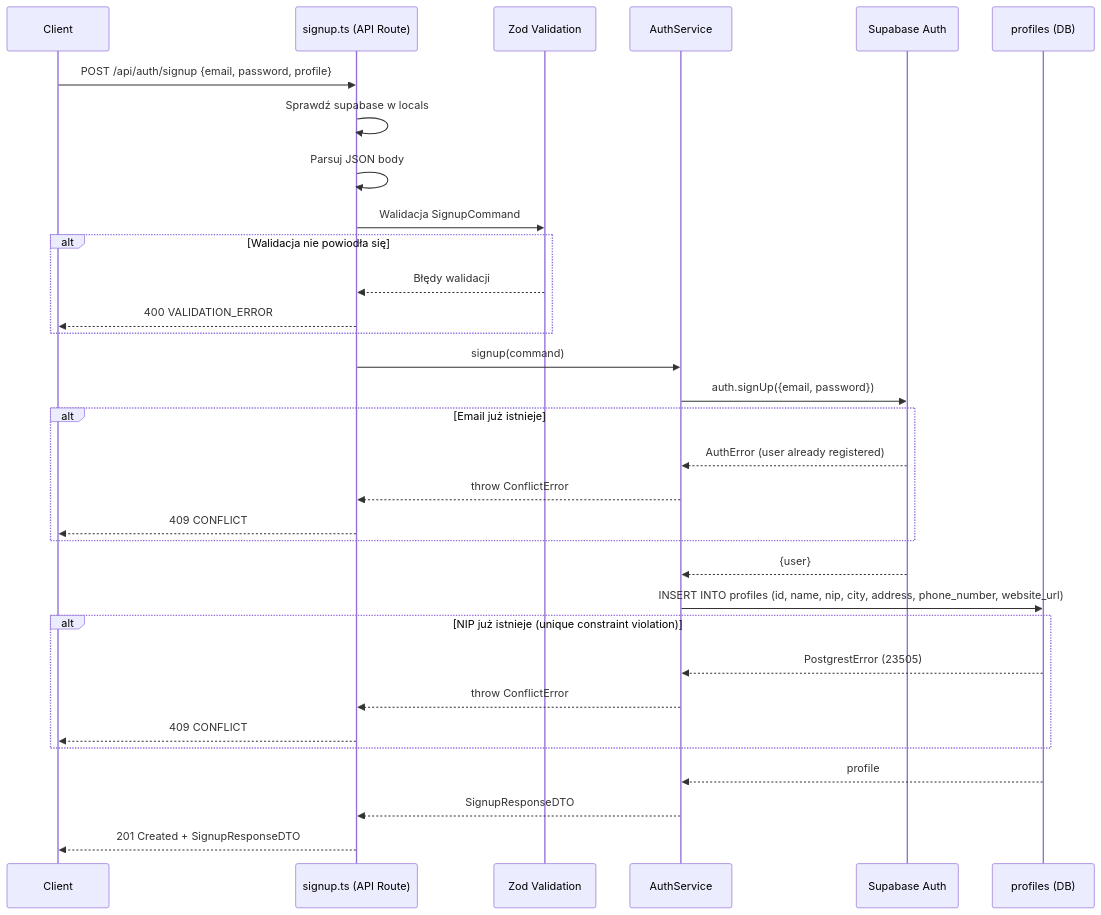
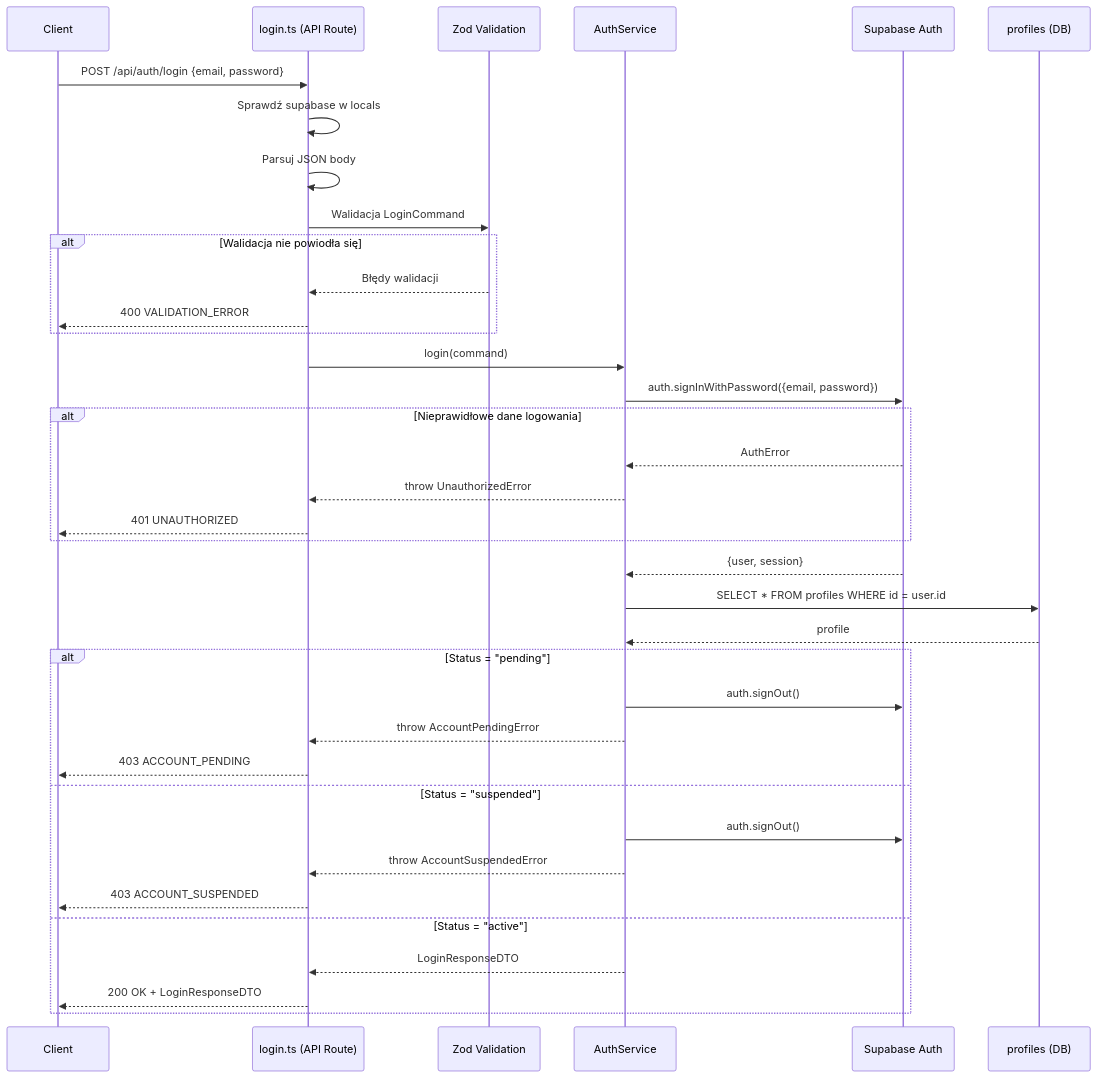
One commit to SebayK/Shelterly changed the diagram in .ai/api/login-implementation-plan.md. Above: the diagram before and after it, drawn with Mermaid. The commit also changed other lines of this file and 11 other files, not shown here.

````diff
--- a/.ai/api/login-implementation-plan.md
+++ b/.ai/api/login-implementation-plan.md
@@ -152,35 +114,40 @@
 ```mermaid
 sequenceDiagram
     participant Client
-    participant Route as signup.ts (API Route)
+    participant Route as login.ts (API Route)
     participant Zod as Zod Validation
     participant Service as AuthService
     participant Supabase as Supabase Auth
     participant DB as profiles (DB)
 
-    Client->>Route: POST /api/auth/signup {email, password, profile}
+    Client->>Route: POST /api/auth/login {email, password}
     Route->>Route: Sprawdź supabase w locals
     Route->>Route: Parsuj JSON body
-    Route->>Zod: Walidacja SignupCommand
+    Route->>Zod: Walidacja LoginCommand
     alt Walidacja nie powiodła się
         Zod-->>Route: Błędy walidacji
         Route-->>Client: 400 VALIDATION_ERROR
     end
-    Route->>Service: signup(command)
-    Service->>Supabase: auth.signUp({email, password})
-    alt Email już istnieje
-        Supabase-->>Service: AuthError (user already registered)
-        Service-->>Route: throw ConflictError
-        Route-->>Client: 409 CONFLICT
+    Route->>Service: login(command)
+    Service->>Supabase: auth.signInWithPassword({email, password})
+    alt Nieprawidłowe dane logowania
+        Supabase-->>Service: AuthError
+        Service-->>Route: throw UnauthorizedError
+        Route-->>Client: 401 UNAUTHORIZED
     end
-    Supabase-->>Service: {user}
-    Service->>DB: INSERT INTO profiles (id, name, nip, city, address, phone_number, website_url)
-    alt NIP już istnieje (unique constraint violation)
-        DB-->>Service: PostgrestError (23505)
-        Service-->>Route: throw ConflictError
-        Route-->>Client: 409 CONFLICT
+    Supabase-->>Service: {user, session}
+    Service->>DB: SELECT * FROM profiles WHERE id = user.id
+    DB-->>Service: profile
+    alt Status = "pending"
+        Service->>Supabase: auth.signOut()
+        Service-->>Route: throw AccountPendingError
+        Route-->>Client: 403 ACCOUNT_PENDING
+    else Status = "suspended"
+        Service->>Supabase: auth.signOut()
+        Service-->>Route: throw AccountSuspendedError
+        Route-->>Client: 403 ACCOUNT_SUSPENDED
+    else Status = "active"
+        Service-->>Route: LoginResponseDTO
+        Route-->>Client: 200 OK + LoginResponseDTO
     end
-    DB-->>Service: profile
-    Service-->>Route: SignupResponseDTO
-    Route-->>Client: 201 Created + SignupResponseDTO
 ```
````
